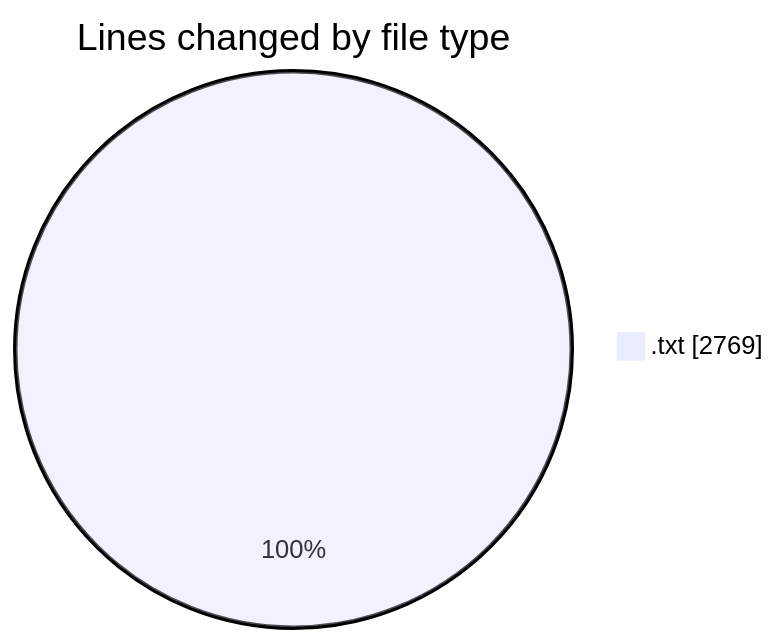
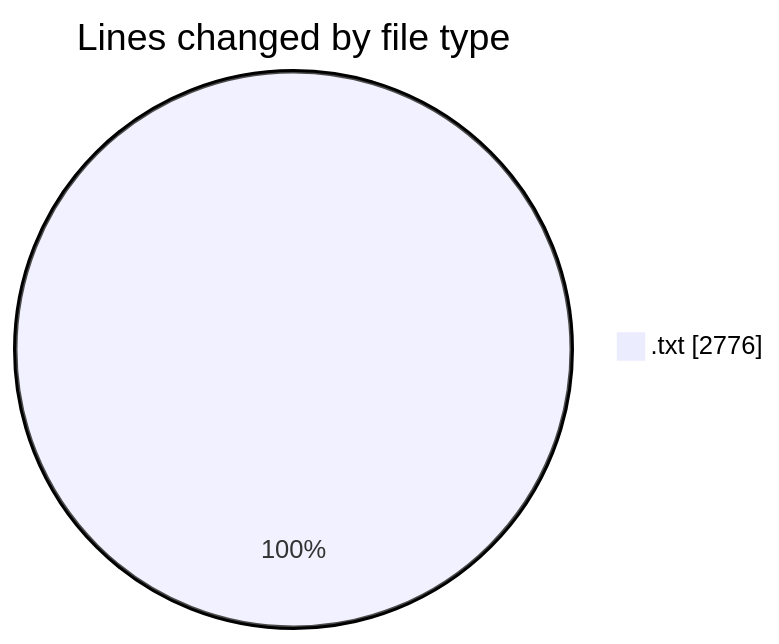
Before and after one commit to momahboobian/code-tracking: the first of 2 diagrams in 2025-02-16/iptv_moreel_me/README.md, drawn with Mermaid. The commit also changed other lines of this file and 1 other file, not shown here.

````diff
--- a/2025-02-16/iptv_moreel_me/README.md
+++ b/2025-02-16/iptv_moreel_me/README.md
@@ -20,5 +20,5 @@
 ```mermaid
 pie showData
 title Lines changed by file type
-".txt" : 2769
+".txt" : 2776
 ```
````
